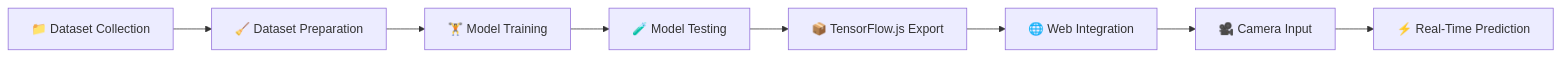
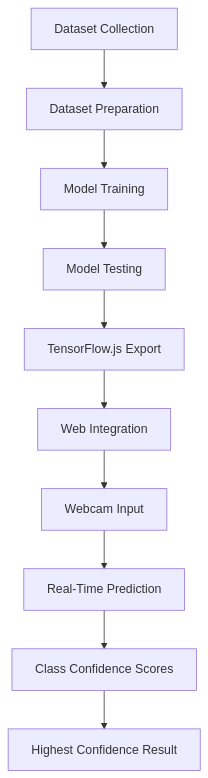
One commit to Devika-2006/StudentMate-AI changed the diagram in PhoneScense/index.html/README.md. Above: the diagram before and after it, drawn with Mermaid. The commit also changed other lines of this file, not shown here.

````diff
--- a/PhoneScense/index.html/README.md
+++ b/PhoneScense/index.html/README.md
@@ -139,10 +141,12 @@
 ```mermaid
-flowchart LR
-    A[📁 Dataset Collection] --> B[🧹 Dataset Preparation]
-    B --> C[🏋️ Model Training]
-    C --> D[🧪 Model Testing]
-    D --> E[📦 TensorFlow.js Export]
-    E --> F[🌐 Web Integration]
-    F --> G[🎥 Camera Input]
-    G --> H[⚡ Real-Time Prediction]
+flowchart TD
+    A[Dataset Collection] --> B[Dataset Preparation]
+    B --> C[Model Training]
+    C --> D[Model Testing]
+    D --> E[TensorFlow.js Export]
+    E --> F[Web Integration]
+    F --> G[Webcam Input]
+    G --> H[Real-Time Prediction]
+    H --> I[Class Confidence Scores]
+    I --> J[Highest Confidence Result]
 ```
````
